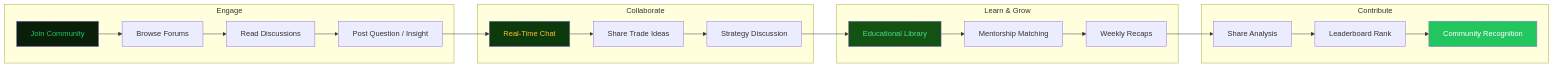
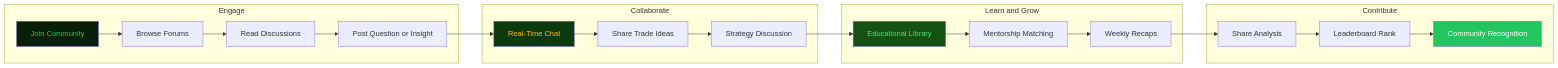
The fourth of 4 diagrams in README.md (mulkymalikuldhrs/pase-fx), drawn with Mermaid before and after one commit. The commit also changed other lines of this file and 1 other file, not shown here.

Commit message:
🎨 Upgrade: banner image + fixed Mermaid + animations + flow diagrams

````diff
--- a/README.md
+++ b/README.md
@@ -257,31 +168,31 @@
 ```mermaid
 flowchart LR
-    subgraph "Engage"
+    subgraph Engage["Engage"]
         A["Join Community"] --> B["Browse Forums"]
         B --> C["Read Discussions"]
-        C --> D["Post Question / Insight"]
+        C --> D["Post Question or Insight"]
     end
 
-    subgraph "Collaborate"
+    subgraph Collaborate["Collaborate"]
         D --> E["Real-Time Chat"]
         E --> F["Share Trade Ideas"]
         F --> G["Strategy Discussion"]
     end
 
-    subgraph "Learn & Grow"
+    subgraph Learn["Learn and Grow"]
         G --> H["Educational Library"]
         H --> I["Mentorship Matching"]
         I --> J["Weekly Recaps"]
     end
 
-    subgraph "Contribute"
+    subgraph Contribute["Contribute"]
         J --> K["Share Analysis"]
         K --> L["Leaderboard Rank"]
         L --> M["Community Recognition"]
     end
 
     style A fill:#0a1f0a,color:#22c55e
     style E fill:#0d3a0d,color:#fbbf24
     style H fill:#145214,color:#4ade80
     style M fill:#22c55e,color:#fff
 ```
````
